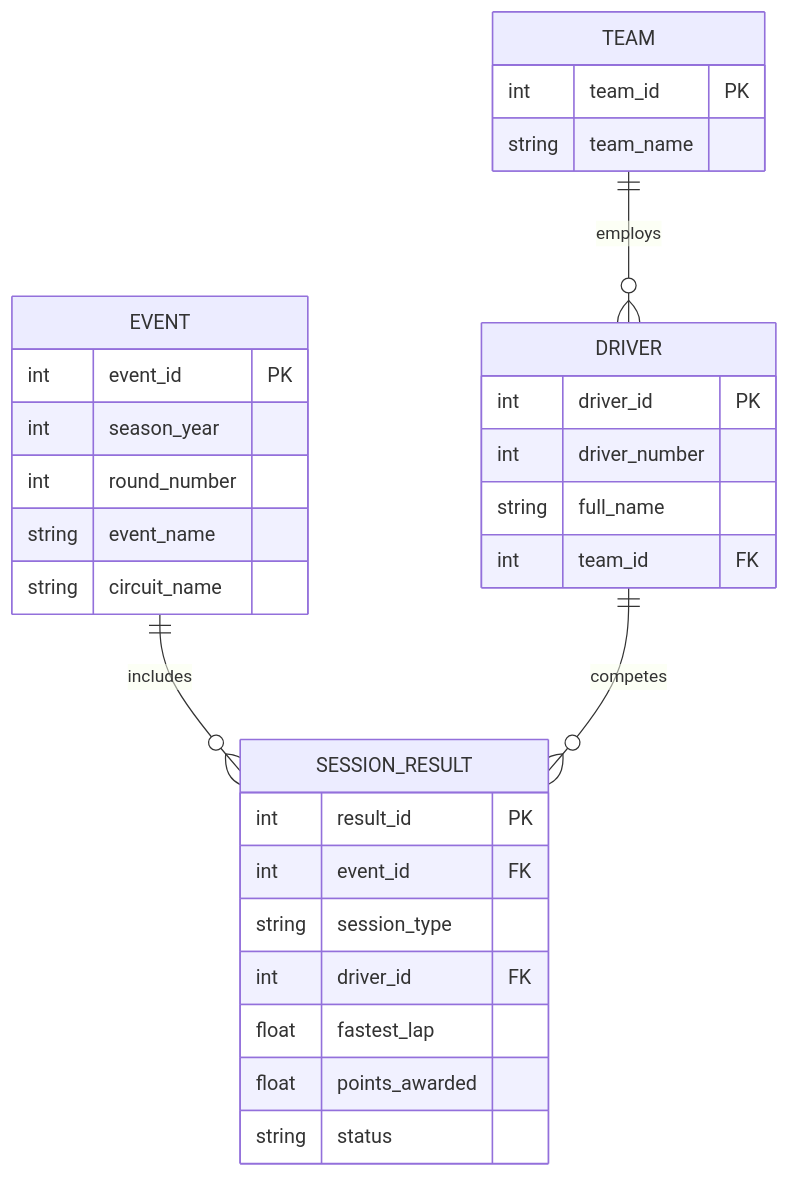
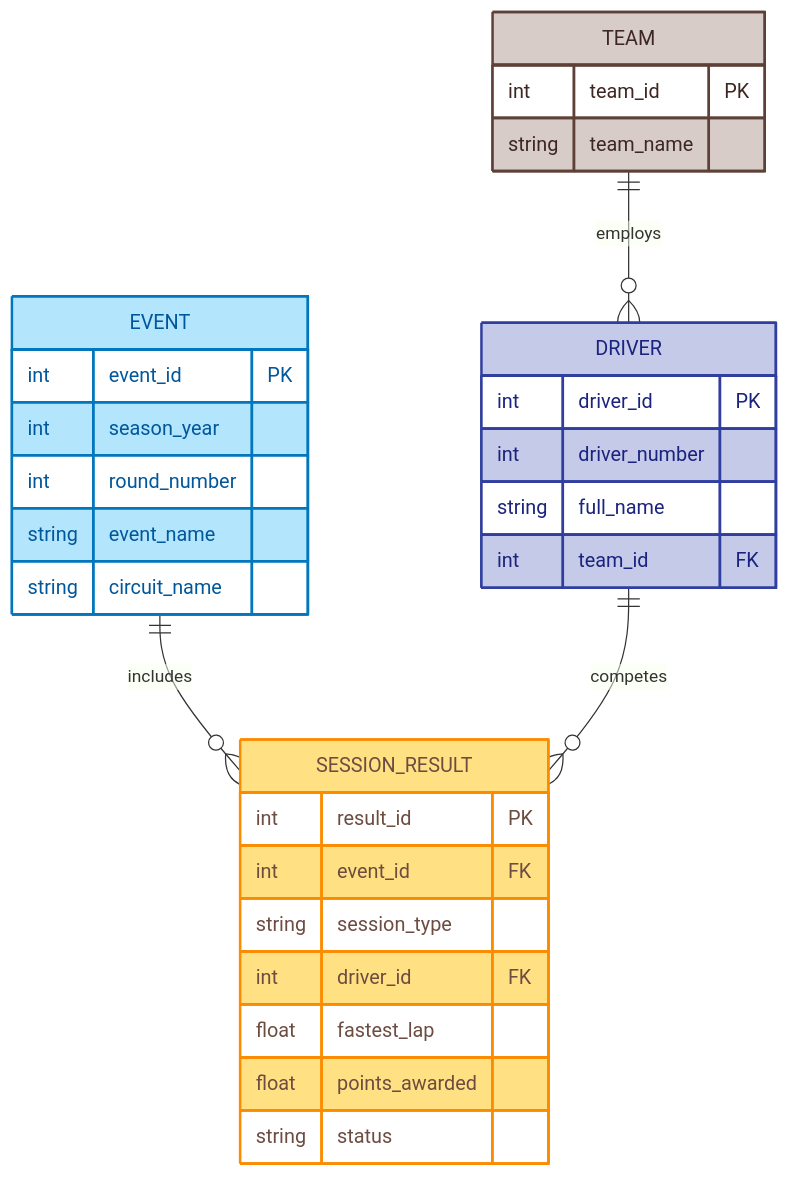
Before and after one commit to InatanayaXSk/F1_DB: the sixth of 9 diagrams in docs/system_diagrams/data_flow_and_normalization.md, drawn with Mermaid. The commit also changed other lines of this file and 24 other files, not shown here.

Commit message:
chore: updated codebase including the ER and dfd diagrams

````diff
--- a/docs/system_diagrams/data_flow_and_normalization.md
+++ b/docs/system_diagrams/data_flow_and_normalization.md
@@ -158,36 +188,41 @@
 ```mermaid
 erDiagram
     EVENT {
         int event_id PK
         int season_year
         int round_number
         string event_name
         string circuit_name
     }
 
     SESSION_RESULT {
         int result_id PK
         int event_id FK
         string session_type
         int driver_id FK
         float fastest_lap
         float points_awarded
         string status
     }
 
     DRIVER {
         int driver_id PK
         int driver_number
         string full_name
         int team_id FK
     }
 
     TEAM {
         int team_id PK
         string team_name
     }
 
     EVENT ||--o{ SESSION_RESULT : includes
     DRIVER ||--o{ SESSION_RESULT : competes
     TEAM ||--o{ DRIVER : employs
+
+    style EVENT fill:#b3e5fc,stroke:#0277bd,stroke-width:2px,color:#01579b;
+    style SESSION_RESULT fill:#ffe082,stroke:#fb8c00,stroke-width:2px,color:#6d4c41;
+    style DRIVER fill:#c5cae9,stroke:#303f9f,stroke-width:2px,color:#1a237e;
+    style TEAM fill:#d7ccc8,stroke:#5d4037,stroke-width:2px,color:#3e2723;
 ```
````
